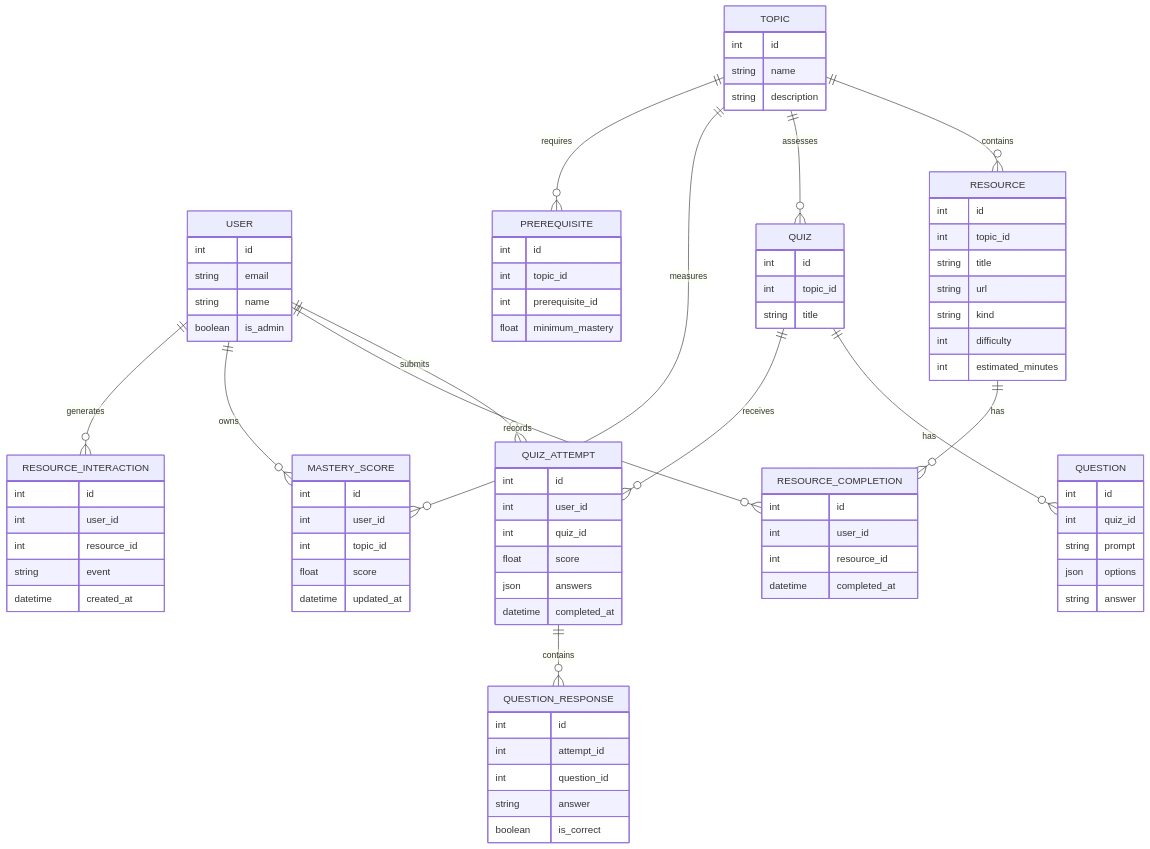
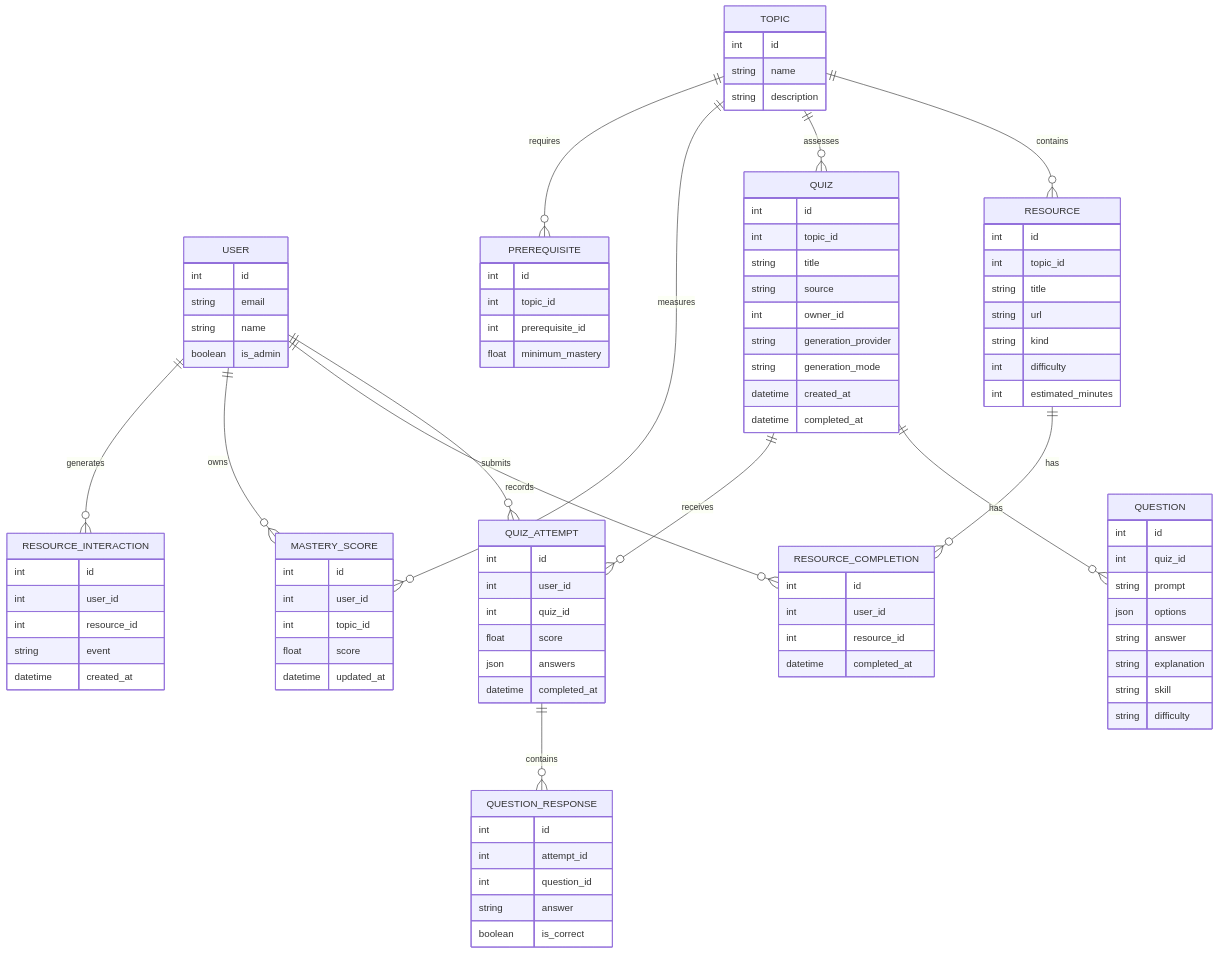
The second of 2 diagrams in README.md (Novinkumar/dynamic_learning), drawn with Mermaid before and after one commit. The commit also changed other lines of this file and 26 other files, not shown here.

````diff
--- a/README.md
+++ b/README.md
@@ -149,26 +181,26 @@
 ```mermaid
 erDiagram
   USER ||--o{ QUIZ_ATTEMPT : submits
   USER ||--o{ RESOURCE_COMPLETION : records
   USER ||--o{ MASTERY_SCORE : owns
   TOPIC ||--o{ RESOURCE : contains
   TOPIC ||--o{ QUIZ : assesses
   QUIZ ||--o{ QUESTION : has
   QUIZ ||--o{ QUIZ_ATTEMPT : receives
   RESOURCE ||--o{ RESOURCE_COMPLETION : has
   TOPIC ||--o{ MASTERY_SCORE : measures
   TOPIC ||--o{ PREREQUISITE : requires
   QUIZ_ATTEMPT ||--o{ QUESTION_RESPONSE : contains
   USER ||--o{ RESOURCE_INTERACTION : generates
   USER { int id string email string name boolean is_admin }
   TOPIC { int id string name string description }
   RESOURCE { int id int topic_id string title string url string kind int difficulty int estimated_minutes }
-  QUIZ { int id int topic_id string title }
-  QUESTION { int id int quiz_id string prompt json options string answer }
+  QUIZ { int id int topic_id string title string source int owner_id string generation_provider string generation_mode datetime created_at datetime completed_at }
+  QUESTION { int id int quiz_id string prompt json options string answer string explanation string skill string difficulty }
   QUIZ_ATTEMPT { int id int user_id int quiz_id float score json answers datetime completed_at }
   RESOURCE_COMPLETION { int id int user_id int resource_id datetime completed_at }
   MASTERY_SCORE { int id int user_id int topic_id float score datetime updated_at }
   PREREQUISITE { int id int topic_id int prerequisite_id float minimum_mastery }
   QUESTION_RESPONSE { int id int attempt_id int question_id string answer boolean is_correct }
   RESOURCE_INTERACTION { int id int user_id int resource_id string event datetime created_at }
 ```
````
